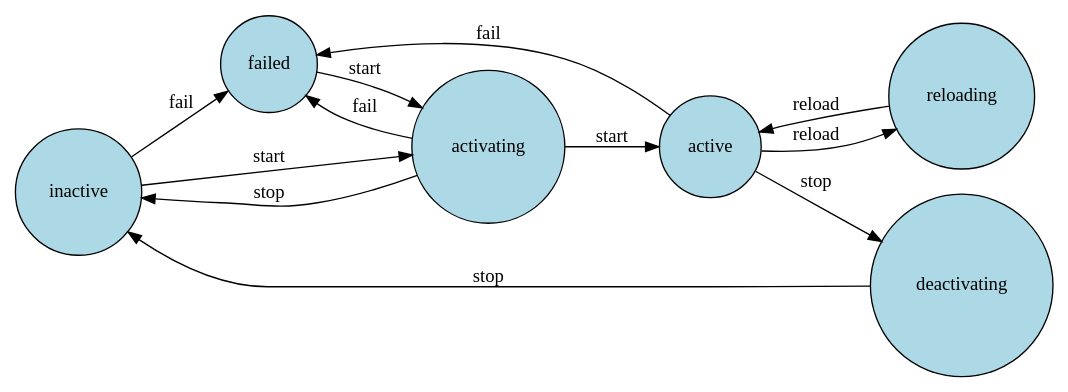
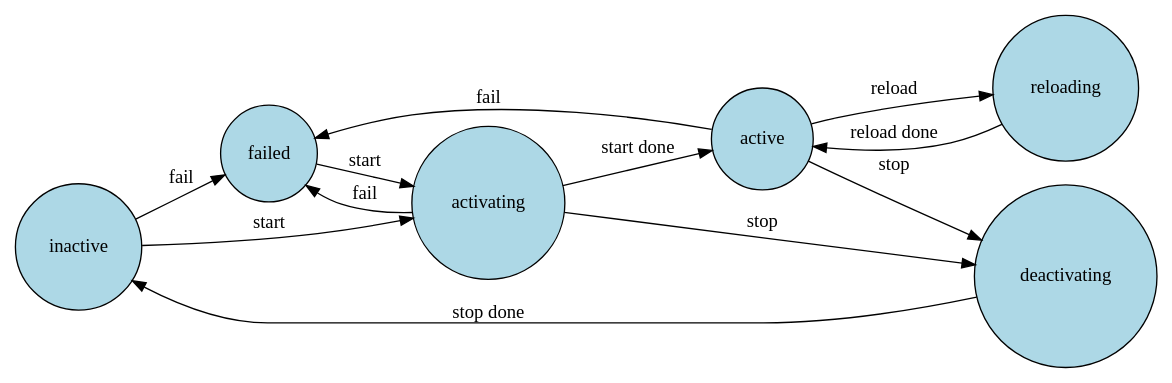
The diagram in diagram.dot (TheKhanj/ella), drawn with Graphviz before and after one commit. The commit also changed 3 other files, not shown here.

```diff
--- a/diagram.dot
+++ b/diagram.dot
@@ -1,31 +1,31 @@
 digraph systemd_states {
 	rankdir=LR;
 	node [shape=circle, style=filled, fillcolor=lightblue];
 
 	// States
 	inactive     [label="inactive"];
 	active       [label="active"];
 	failed       [label="failed"];
 	activating   [label="activating"];
 	deactivating [label="deactivating"];
 	reloading    [label="reloading"];
 
 	// Start transition
 	inactive     -> activating   [label="start"];
 	failed       -> activating   [label="start"];
-	activating   -> active       [label="start"];
+	activating   -> active       [label="start done"];
 
 	// Stop transition
 	active       -> deactivating [label="stop"];
 	active       -> failed       [label="fail"];
-	deactivating -> inactive     [label="stop"];
-	activating   -> inactive     [label="stop"];
+	deactivating -> inactive     [label="stop done"];
+	activating   -> deactivating [label="stop"];
 	activating   -> failed       [label="fail"];
 
 	// Fail transition
 	inactive     -> failed       [label="fail"];
 
 	// Reload transition
 	active       -> reloading    [label="reload"];
-	reloading    -> active       [label="reload"];
+	reloading    -> active       [label="reload done"];
 }
```
